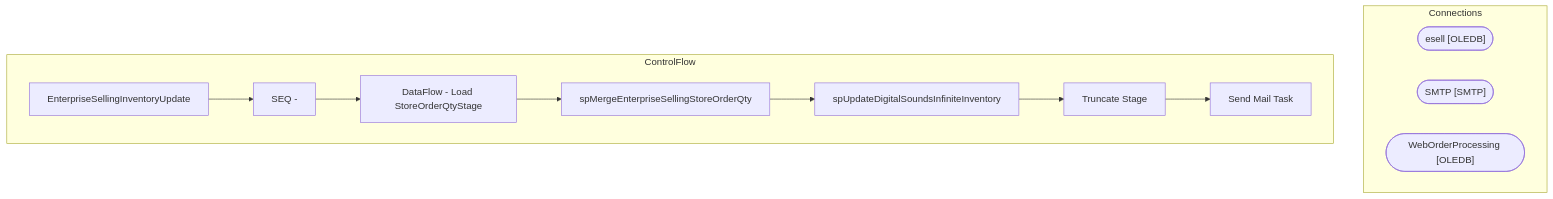
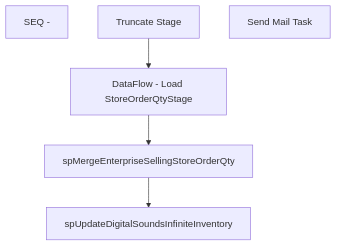
One commit to juanandresbrain/BABSkills changed the diagram in bab-docs-explorer/Documentation/STL-SSIS-P-01/SSIS/EnterpriseSelling/EnterpriseSellingInventoryUpdate.EnterpriseSellingInventoryUpdate.md. Above: the diagram before and after it, drawn with Mermaid. The commit also changed other lines of this file and 273 other files, not shown here.

````diff
--- a/bab-docs-explorer/Documentation/STL-SSIS-P-01/SSIS/EnterpriseSelling/EnterpriseSellingInventoryUpdate.EnterpriseSellingInventoryUpdate.md
+++ b/bab-docs-explorer/Documentation/STL-SSIS-P-01/SSIS/EnterpriseSelling/EnterpriseSellingInventoryUpdate.EnterpriseSellingInventoryUpdate.md
@@ -9,23 +40,12 @@
 ```mermaid
 flowchart TD
-    subgraph Connections
-        esell_conn(["esell [OLEDB]"])
-        SMTP_conn(["SMTP [SMTP]"])
-        WebOrderProcessing_conn(["WebOrderProcessing [OLEDB]"])
-    end
-    subgraph ControlFlow
-        EnterpriseSellingInventoryUpdate_task["EnterpriseSellingInventoryUpdate"]
-        SEQ___task["SEQ -"]
-        EnterpriseSellingInventoryUpdate_task --> SEQ___task
-        DataFlow___Load_StoreOrderQtyStage_task["DataFlow - Load StoreOrderQtyStage"]
-        SEQ___task --> DataFlow___Load_StoreOrderQtyStage_task
-        spMergeEnterpriseSellingStoreOrderQty_task["spMergeEnterpriseSellingStoreOrderQty"]
-        DataFlow___Load_StoreOrderQtyStage_task --> spMergeEnterpriseSellingStoreOrderQty_task
-        spUpdateDigitalSoundsInfiniteInventory_task["spUpdateDigitalSoundsInfiniteInventory"]
-        spMergeEnterpriseSellingStoreOrderQty_task --> spUpdateDigitalSoundsInfiniteInventory_task
-        Truncate_Stage_task["Truncate Stage"]
-        spUpdateDigitalSoundsInfiniteInventory_task --> Truncate_Stage_task
-        Send_Mail_Task_task["Send Mail Task"]
-        Truncate_Stage_task --> Send_Mail_Task_task
-    end
+    n_Package_SEQ__["SEQ -"]
+    n_Package_SEQ___DataFlow___Load_StoreOrderQtyStage["DataFlow - Load StoreOrderQtyStage"]
+    n_Package_SEQ___spMergeEnterpriseSellingStoreOrderQty["spMergeEnterpriseSellingStoreOrderQty"]
+    n_Package_SEQ___spUpdateDigitalSoundsInfiniteInventory["spUpdateDigitalSoundsInfiniteInventory"]
+    n_Package_SEQ___Truncate_Stage["Truncate Stage"]
+    n_Package_EventHandlers_OnError__Send_Mail_Task["Send Mail Task"]
+    n_Package_SEQ___Truncate_Stage --> n_Package_SEQ___DataFlow___Load_StoreOrderQtyStage
+    n_Package_SEQ___DataFlow___Load_StoreOrderQtyStage --> n_Package_SEQ___spMergeEnterpriseSellingStoreOrderQty
+    n_Package_SEQ___spMergeEnterpriseSellingStoreOrderQty --> n_Package_SEQ___spUpdateDigitalSoundsInfiniteInventory
 ```
````
